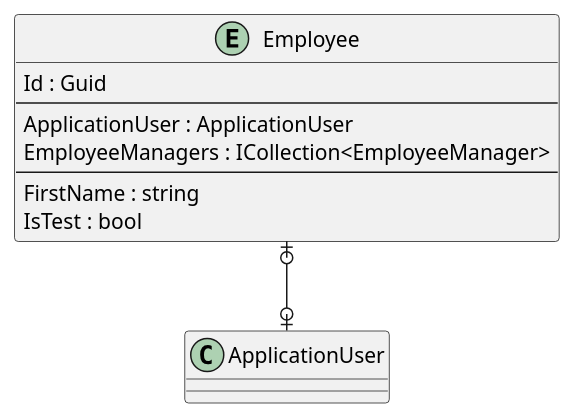
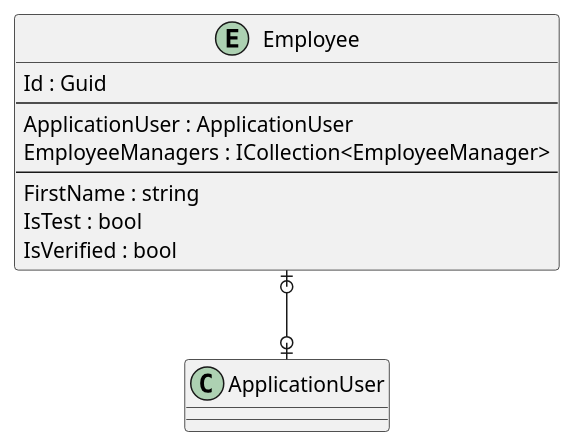
The diagram in .docs/Intrepion.EmployeeManagers.pu (intrepion/intrepion_employee-managers_csharp), drawn with PlantUML before and after one commit.

```diff
--- a/.docs/Intrepion.EmployeeManagers.pu
+++ b/.docs/Intrepion.EmployeeManagers.pu
@@ -1,20 +1,21 @@
 @startuml
 
 entity Employee {
     Id : Guid
     --
     ApplicationUser : ApplicationUser
     EmployeeManagers : ICollection<EmployeeManager>
     ' EmployeeKeyCodePlaceholder
     --
     FirstName : string
     IsTest : bool
+    IsVerified : bool
     ' EmployeePropertyCodePlaceholder
 }
 
 ' EntityCodePlaceholder
 
 Employee |o--o| ApplicationUser
 ' RelationshipCodePlaceholder
 
 @enduml
```
